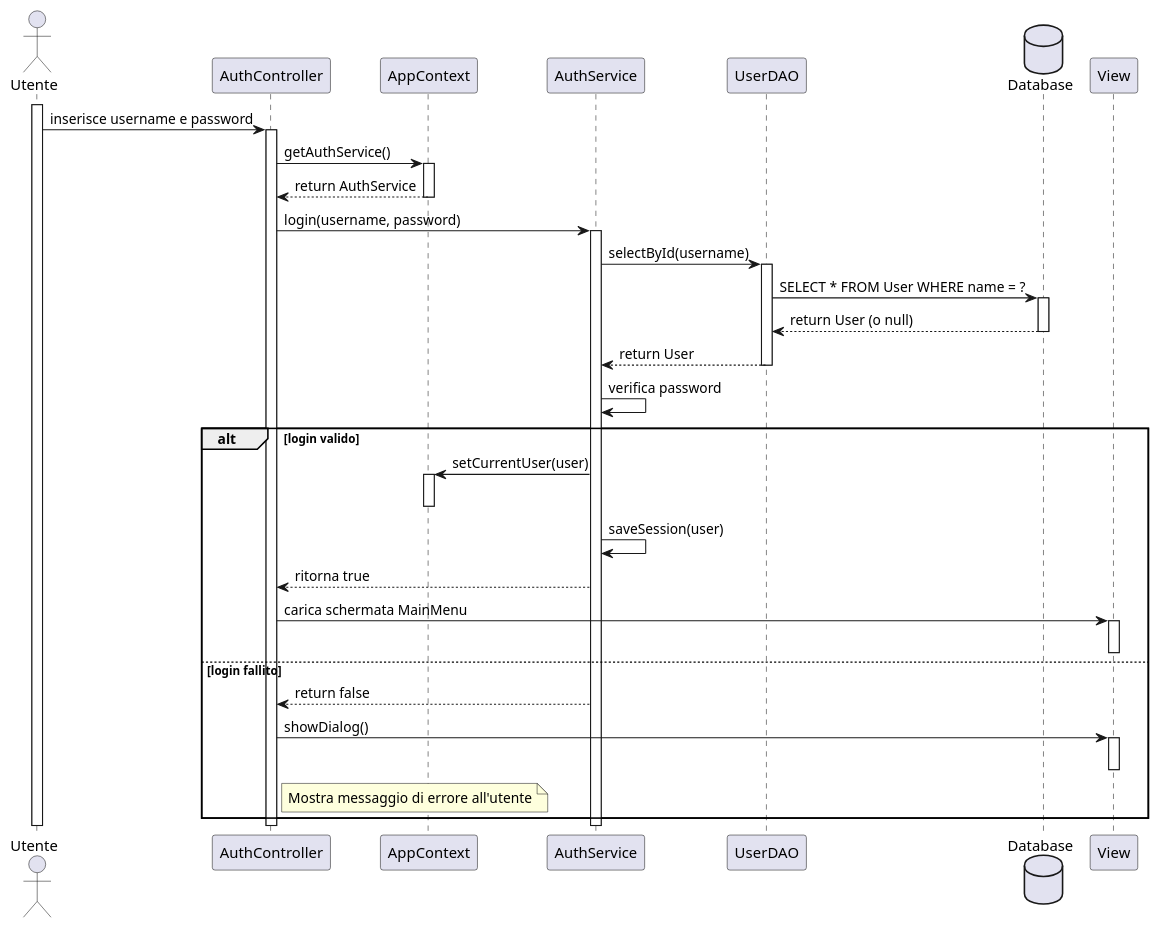
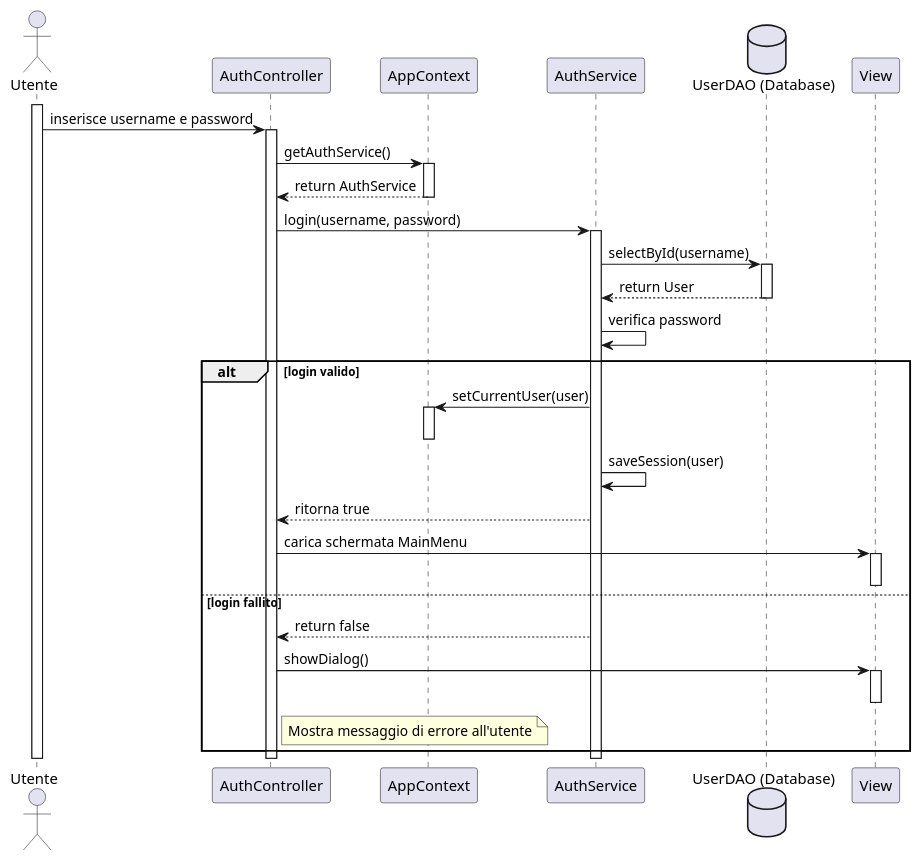
The diagram in docs/Diagrammi di Sequenza/login.puml (Bg735/Wordageddon-Gruppo_16), drawn with PlantUML before and after one commit. The commit also changed 3 other files, not shown here.

Commit message:
update diagrammi di sequenza

```diff
--- a/docs/Diagrammi di Sequenza/login.puml
+++ b/docs/Diagrammi di Sequenza/login.puml
@@ -1,58 +1,53 @@
 @startuml
 actor Utente
 participant AuthController
 participant AppContext
 participant AuthService
-participant UserDAO
-database Database
+database "UserDAO (Database)" as DB
 participant View
 
 activate Utente
 Utente -> AuthController : inserisce username e password
 activate AuthController
 
 AuthController -> AppContext : getAuthService()
 activate AppContext
 AppContext --> AuthController : return AuthService
 deactivate AppContext
 
 AuthController -> AuthService : login(username, password)
 activate AuthService
 
-AuthService -> UserDAO : selectById(username)
-activate UserDAO
+AuthService -> DB : selectById(username)
+activate DB
 
-UserDAO -> Database : SELECT * FROM User WHERE name = ?
-activate Database
-Database --> UserDAO : return User (o null)
-deactivate Database
 
-UserDAO --> AuthService : return User
-deactivate UserDAO
+DB --> AuthService : return User
+deactivate DB
 
 AuthService -> AuthService : verifica password
 
 alt login valido
 
     AuthService -> AppContext : setCurrentUser(user)
     activate AppContext
     deactivate AppContext
     AuthService->AuthService: saveSession(user)
     AuthService --> AuthController : ritorna true
     AuthController -> View : carica schermata MainMenu
     activate View
     deactivate View
 else login fallito
     AuthService --> AuthController : return false
     AuthController -> View :  showDialog()
     note right of AuthController
         Mostra messaggio di errore all'utente
     end note
     activate View
     deactivate View
 end
 
 deactivate AuthService
 deactivate AuthController
 deactivate Utente
 @enduml
```
